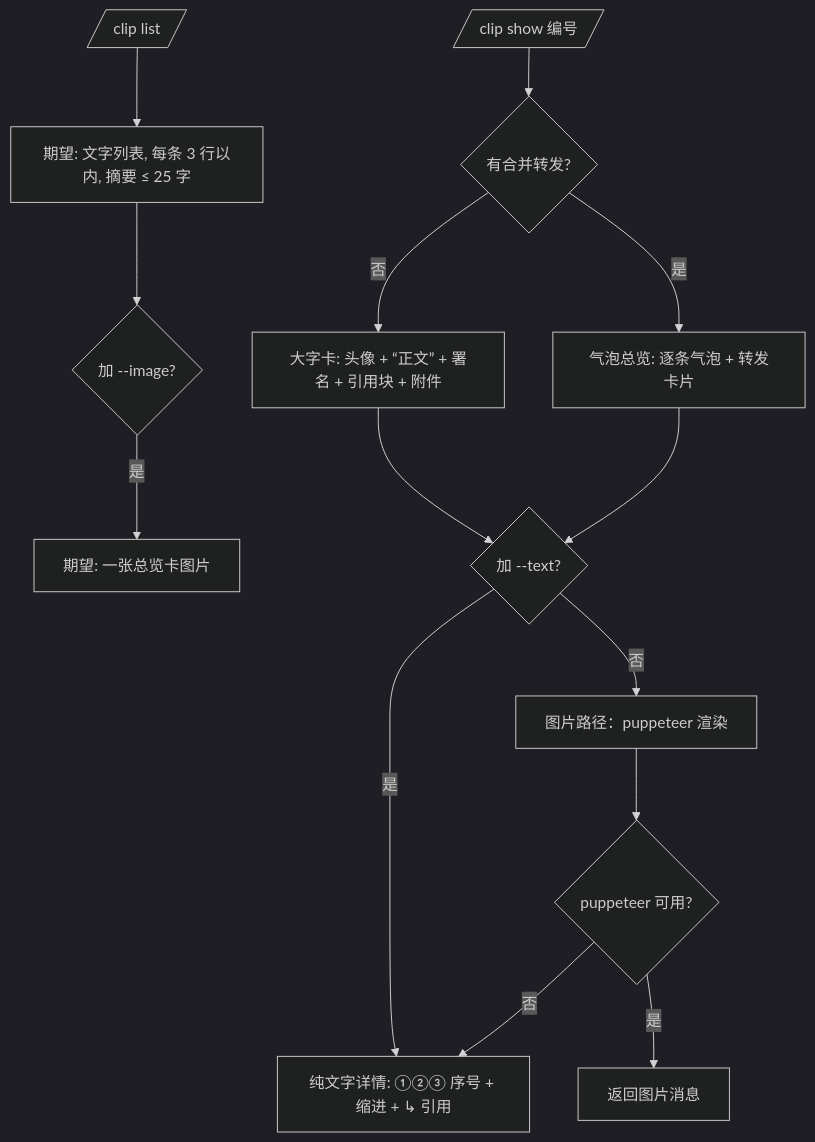
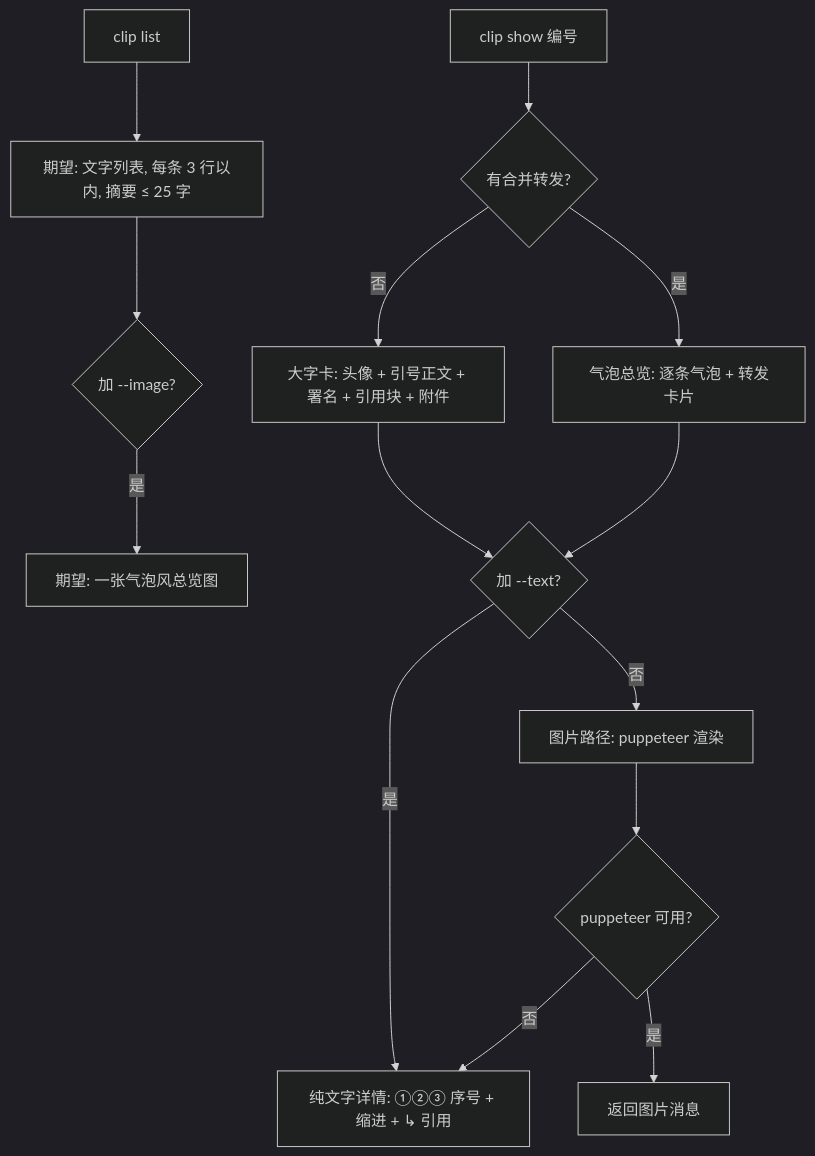
Before and after one commit to zhukongqwq/koishi-plugin-chatclip: the third of 4 diagrams in docs/VERIFY.md, drawn with Mermaid (dark theme). The commit also changed other lines of this file and 10 other files, not shown here.

````diff
--- a/docs/VERIFY.md
+++ b/docs/VERIFY.md
@@ -56,16 +50,16 @@
 ```mermaid
 flowchart TD
-  L[/clip list/] --> L1[期望: 文字列表, 每条 3 行以内, 摘要 ≤ 25 字]
+  L[clip list] --> L1[期望: 文字列表, 每条 3 行以内, 摘要 ≤ 25 字]
   L1 --> L2{加 --image?}
-  L2 -- 是 --> L3[期望: 一张总览卡图片]
-  SH[/clip show 编号/] --> S1{有合并转发?}
-  S1 -- 否 --> S2[大字卡: 头像 + “正文” + 署名 + 引用块 + 附件]
+  L2 -- 是 --> L3[期望: 一张气泡风总览图]
+  SH[clip show 编号] --> S1{有合并转发?}
+  S1 -- 否 --> S2[大字卡: 头像 + 引号正文 + 署名 + 引用块 + 附件]
   S1 -- 是 --> S3[气泡总览: 逐条气泡 + 转发卡片]
   S2 --> S4{加 --text?}
   S3 --> S4
   S4 -- 是 --> S5[纯文字详情: ①②③ 序号 + 缩进 + ↳ 引用]
-  S4 -- 否 --> S6[图片路径：puppeteer 渲染]
+  S4 -- 否 --> S6[图片路径: puppeteer 渲染]
   S6 --> S7{puppeteer 可用?}
   S7 -- 否 --> S5
   S7 -- 是 --> S8[返回图片消息]
 ```
````
